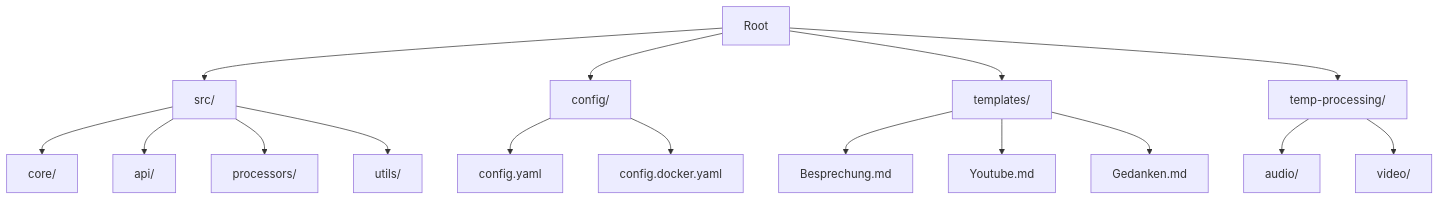
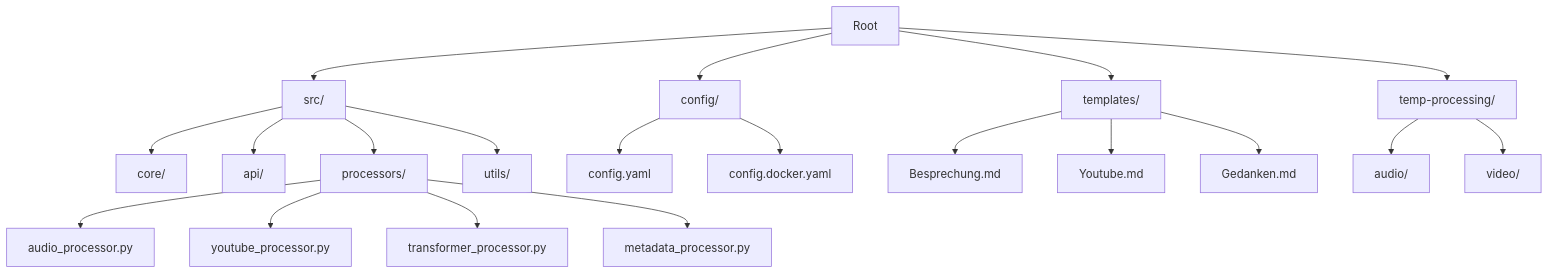
One commit to bCommonsLAB/CommonSecretaryServices changed the sixth of 6 diagrams in docs/01_architecture.md. Above: the diagram before and after it, drawn with Mermaid. The commit also changed other lines of this file and 25 other files, not shown here.

````diff
--- a/docs/01_architecture.md
+++ b/docs/01_architecture.md
@@ -188,22 +322,27 @@
 ```mermaid
 graph TD
     A[Root] --> B[src/]
     A --> C[config/]
     A --> D[templates/]
     A --> E[temp-processing/]
     
     B --> F[core/]
     B --> G[api/]
     B --> H[processors/]
     B --> I[utils/]
     
+    H --> P[audio_processor.py]
+    H --> Q[youtube_processor.py]
+    H --> R[transformer_processor.py]
+    H --> S[metadata_processor.py]
+    
     C --> J[config.yaml]
     C --> K[config.docker.yaml]
     
     D --> L[Besprechung.md]
     D --> M[Youtube.md]
     D --> N[Gedanken.md]
     
     E --> O[audio/]
-    E --> P[video/]
+    E --> T[video/]
 ```
````
